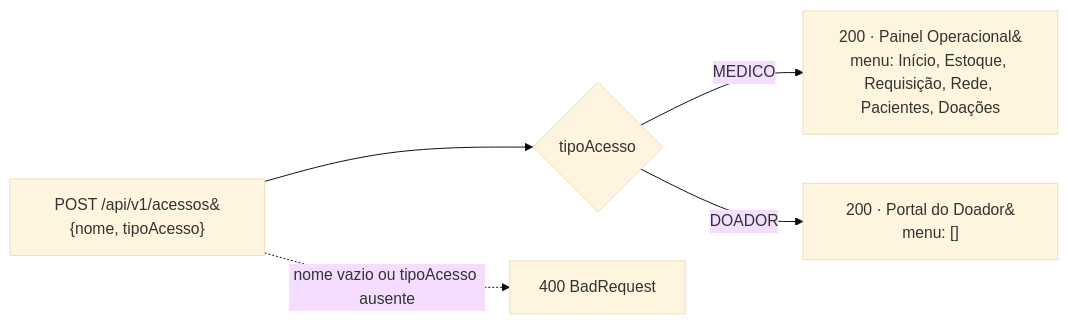
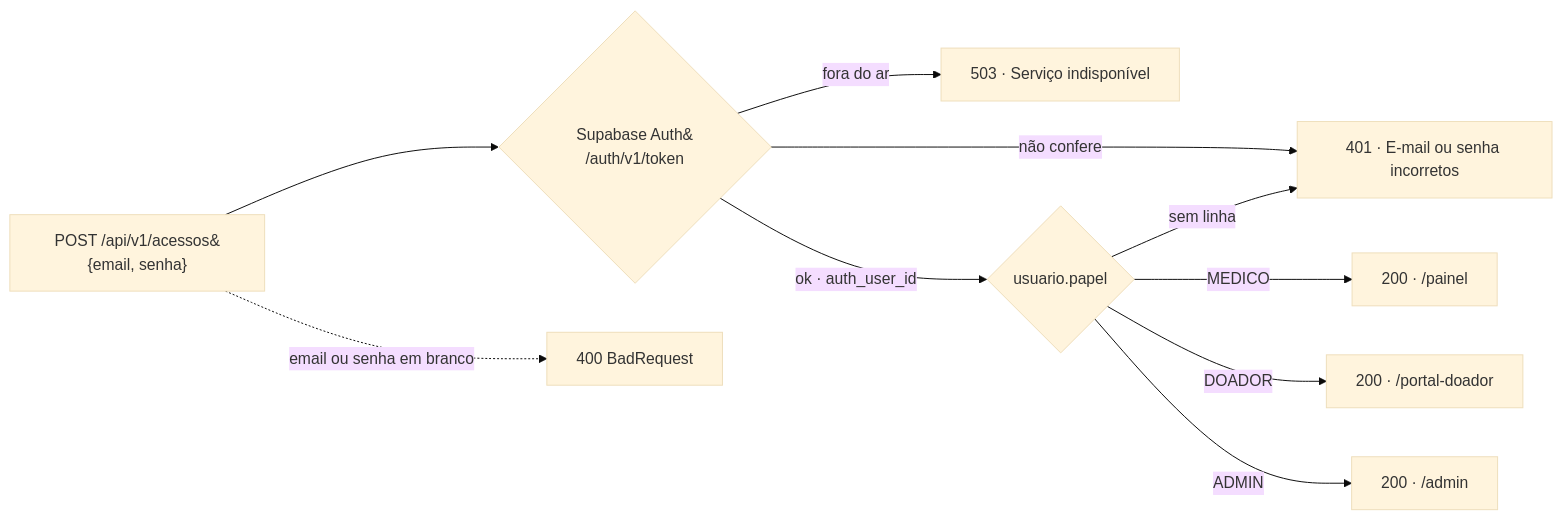
One commit to viictorpaes/Rotavital changed the third of 4 diagrams in docs/CONTRATOS_DE_API.md. Above: the diagram before and after it, drawn with Mermaid (base theme). The commit also changed other lines of this file and 28 other files, not shown here.

First line of the commit message:
feat(PI3-183): valida e-mail e senha no Supabase Auth e devolve o perfil

````diff
--- a/docs/CONTRATOS_DE_API.md
+++ b/docs/CONTRATOS_DE_API.md
@@ -277,7 +281,12 @@
 ```mermaid
 flowchart LR
-    R["POST /api/v1/acessos&#10;{nome, tipoAcesso}"] --> V{tipoAcesso}
-    V -- MEDICO --> M["200 · Painel Operacional&#10;menu: Início, Estoque, Requisição, Rede, Pacientes, Doações"]
-    V -- DOADOR --> D["200 · Portal do Doador&#10;menu: []"]
-    R -. "nome vazio ou tipoAcesso ausente" .-> E["400 BadRequest"]
+    R["POST /api/v1/acessos&#10;{email, senha}"] --> S{"Supabase Auth&#10;/auth/v1/token"}
+    S -- "não confere" --> E401["401 · E-mail ou senha incorretos"]
+    S -- "fora do ar" --> E503["503 · Serviço indisponível"]
+    S -- "ok · auth_user_id" --> U{"usuario.papel"}
+    U -- "sem linha" --> E401
+    U -- MEDICO --> M["200 · /painel"]
+    U -- DOADOR --> D["200 · /portal-doador"]
+    U -- ADMIN --> A["200 · /admin"]
+    R -. "email ou senha em branco" .-> E400["400 BadRequest"]
 ```
````
